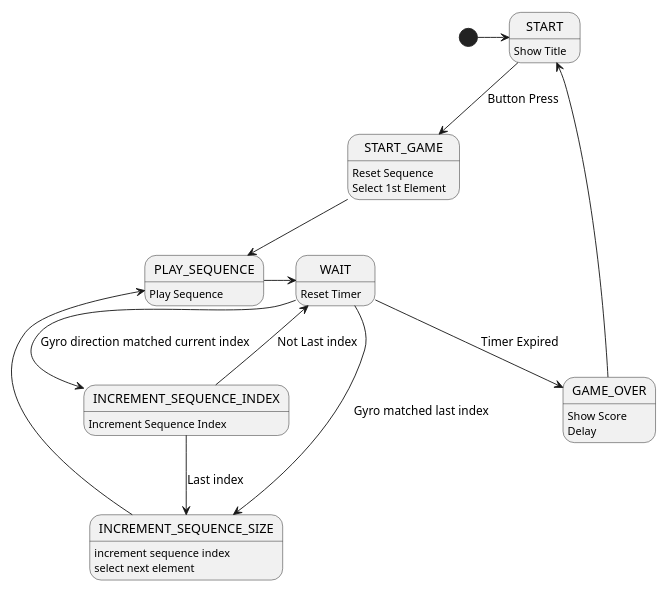
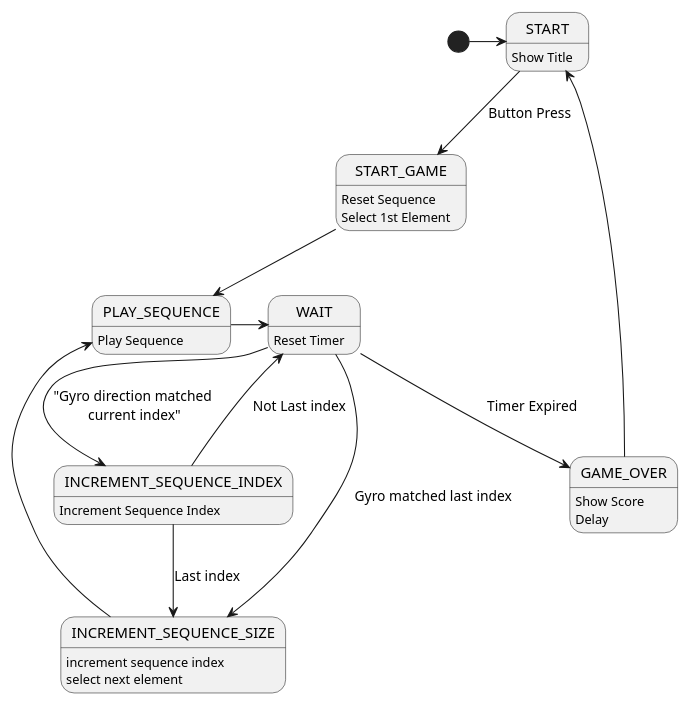
Before and after one commit to tnhabib/making_embedded_systems: the diagram in week4/gyroStateDiag.iuml, drawn with PlantUML.

```diff
--- a/week4/gyroStateDiag.iuml
+++ b/week4/gyroStateDiag.iuml
@@ -2,26 +2,26 @@
 @startuml
 scale 600 width
 
 [*] -> START
 START: Show Title
 START --> START_GAME : Button Press
 START_GAME: Reset Sequence
 START_GAME: Select 1st Element
 START_GAME --> PLAY_SEQUENCE
 PLAY_SEQUENCE: Play Sequence
 PLAY_SEQUENCE-> WAIT
 WAIT: Reset Timer
 WAIT --> GAME_OVER : Timer Expired
 GAME_OVER: Show Score
 GAME_OVER: Delay
 GAME_OVER-> START
-WAIT-->INCREMENT_SEQUENCE_INDEX: Gyro direction matched current index
+WAIT-->INCREMENT_SEQUENCE_INDEX: "Gyro direction matched\n current index"
 WAIT-->INCREMENT_SEQUENCE_SIZE: Gyro matched last index
 INCREMENT_SEQUENCE_INDEX: Increment Sequence Index
 INCREMENT_SEQUENCE_INDEX-> WAIT: Not Last index
 INCREMENT_SEQUENCE_INDEX--> INCREMENT_SEQUENCE_SIZE: Last index
 INCREMENT_SEQUENCE_SIZE: increment sequence index
 INCREMENT_SEQUENCE_SIZE: select next element
 INCREMENT_SEQUENCE_SIZE-> PLAY_SEQUENCE
 
 @end_uml
```
